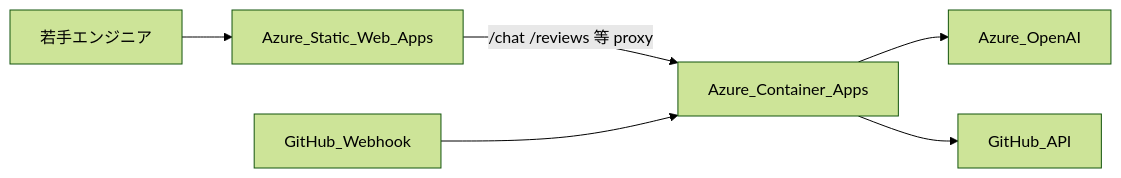
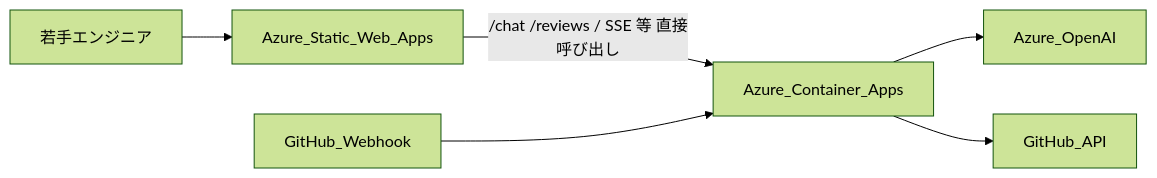
One commit to narita1980/norn-agents changed the first of 2 diagrams in docs/hackathon/AZURE_DEPLOY.md. Above: the diagram before and after it, drawn with Mermaid (forest theme). The commit also changed other lines of this file and 10 other files, not shown here.

First line of the commit message:
refactor: move Dockerfile to backend and align docs with SWA+ACA split

````diff
--- a/docs/hackathon/AZURE_DEPLOY.md
+++ b/docs/hackathon/AZURE_DEPLOY.md
@@ -7,8 +7,8 @@
 ```mermaid
 flowchart LR
   User[若手エンジニア] --> SWA[Azure_Static_Web_Apps]
-  SWA -->|"/chat /reviews 等 proxy"| ACA[Azure_Container_Apps]
+  SWA -->|"/chat /reviews / SSE 等 直接呼び出し"| ACA[Azure_Container_Apps]
   GH[GitHub_Webhook] --> ACA
   ACA --> AOAI[Azure_OpenAI]
   ACA --> GHAPI[GitHub_API]
 ```
````
